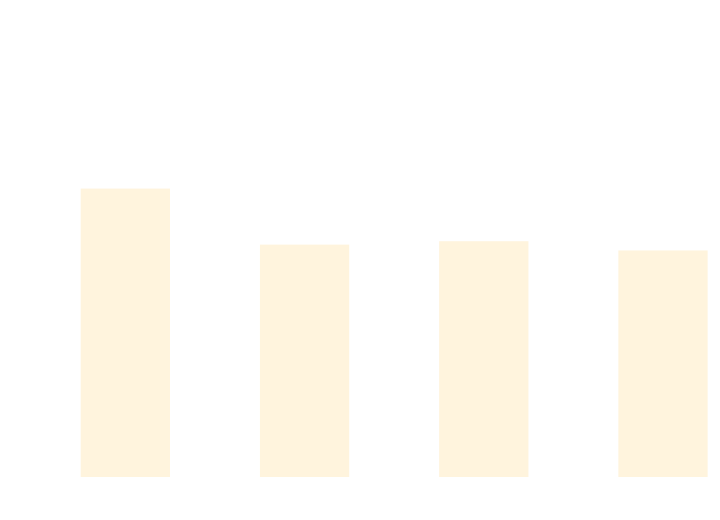
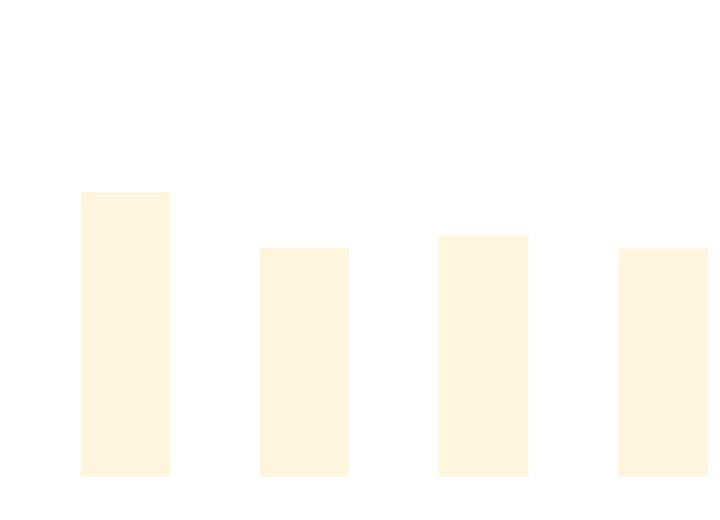
The diagram in docs/docs/benchmarks/BuildTime.md (thomhurst/TUnit), drawn with Mermaid before and after one commit. The commit also changed other lines of this file and 17 other files, not shown here.

````diff
--- a/docs/docs/benchmarks/BuildTime.md
+++ b/docs/docs/benchmarks/BuildTime.md
@@ -28,37 +28,37 @@
 ```mermaid
 %%{init: {
   'theme':'base',
   'themeVariables': {
     'primaryColor': '#2563eb',
     'primaryTextColor': '#ffffff',
     'primaryBorderColor': '#1e40af',
     'lineColor': '#6b7280',
     'secondaryColor': '#7c3aed',
     'tertiaryColor': '#dc2626',
     'background': '#ffffff',
     'mainBkg': '#2563eb',
     'secondBkg': '#7c3aed',
     'tertiaryBkg': '#dc2626',
     'clusterBkg': '#f3f4f6',
     'edgeLabelBackground': '#ffffff',
     'tertiaryTextColor': '#1f2937',
     'pie1': '#2563eb',
     'pie2': '#7c3aed',
     'pie3': '#dc2626',
     'pie4': '#f59e0b',
     'pie5': '#10b981',
     'pie6': '#06b6d4',
     'pie7': '#ec4899',
     'pie8': '#6366f1',
     'pie9': '#84cc16',
     'pie10': '#f97316',
     'pie11': '#14b8a6',
     'pie12': '#a855f7'
   }
 }}%%
 xychart-beta
   title "Build Time Comparison"
   x-axis ["Build_TUnit", "Build_NUnit", "Build_MSTest", "Build_xUnit3"]
   y-axis "Time (s)" 0 --> 3
-  bar [2.067, 1.654, 1.679, 1.611]
+  bar [2.039, 1.63, 1.72, 1.627]
 ```
````
